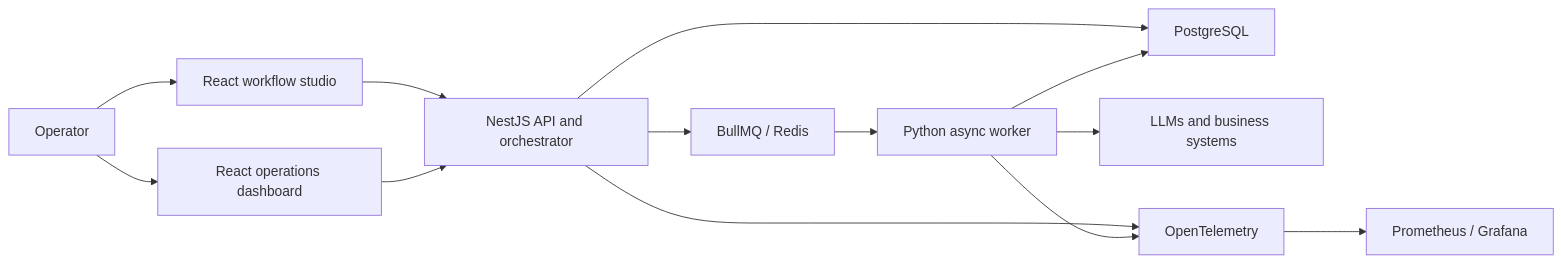
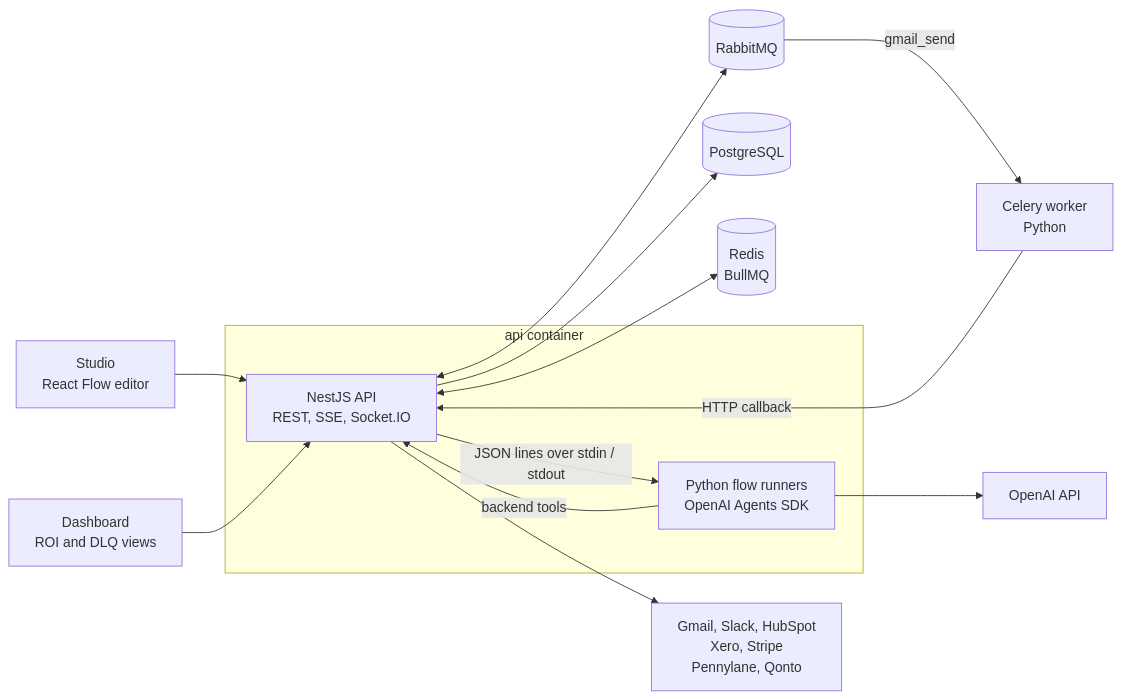
The diagram in README.md (bilLkarkariy/AgentFlow), drawn with Mermaid before and after one commit. The commit also changed other lines of this file and 26 other files, not shown here.

````diff
--- a/README.md
+++ b/README.md
@@ -16,26 +37,29 @@
 ```mermaid
 flowchart LR
-    Operator["Operator"]
-    Studio["React workflow studio"]
-    Dashboard["React operations dashboard"]
-    API["NestJS API and orchestrator"]
-    Queue["BullMQ / Redis"]
-    Worker["Python async worker"]
-    Data["PostgreSQL"]
-    Systems["LLMs and business systems"]
-    Telemetry["OpenTelemetry"]
-    Observability["Prometheus / Grafana"]
+    Studio["Studio<br/>React Flow editor"]
+    Dashboard["Dashboard<br/>ROI and DLQ views"]
 
-    Operator --> Studio
-    Operator --> Dashboard
-    Studio --> API
-    Dashboard --> API
-    API --> Queue
-    Queue --> Worker
-    API --> Data
-    Worker --> Data
-    Worker --> Systems
-    API --> Telemetry
-    Worker --> Telemetry
-    Telemetry --> Observability
+    subgraph apiContainer["api container"]
+        Nest["NestJS API<br/>REST, SSE, Socket.IO"]
+        Runner["Python flow runners<br/>OpenAI Agents SDK"]
+    end
+
+    Postgres[("PostgreSQL")]
+    Redis[("Redis<br/>BullMQ")]
+    RabbitMQ[("RabbitMQ")]
+    Worker["Celery worker<br/>Python"]
+    OpenAI["OpenAI API"]
+    SaaS["Gmail, Slack, HubSpot<br/>Xero, Stripe<br/>Pennylane, Qonto"]
+
+    Studio --> Nest
+    Dashboard --> Nest
+    Nest --> Postgres
+    Nest <--> Redis
+    Nest <--> RabbitMQ
+    Nest -- "JSON lines over stdin / stdout" --> Runner
+    Runner --> OpenAI
+    Runner -- "backend tools" --> Nest
+    RabbitMQ -- "gmail_send" --> Worker
+    Worker -- "HTTP callback" --> Nest
+    Nest --> SaaS
 ```
````
